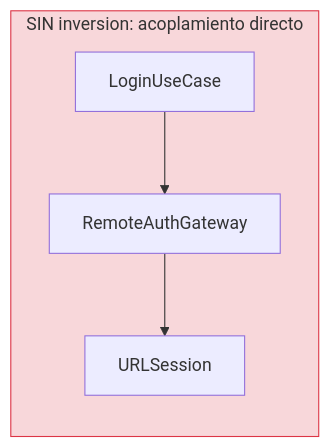
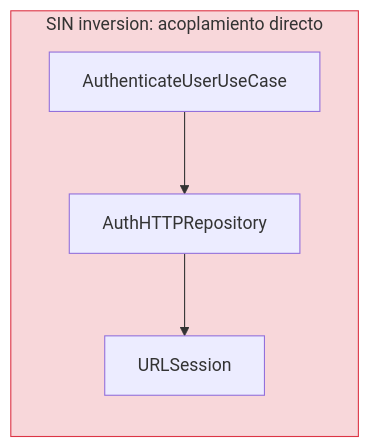
Before and after one commit to SwiftEnProfundidad/stack-my-architecture-ios: the second of 9 diagrams in anexos/diagramas/atlas-arquitectura.md, drawn with Mermaid. The commit also changed other lines of this file and 50 other files, not shown here.

````diff
--- a/anexos/diagramas/atlas-arquitectura.md
+++ b/anexos/diagramas/atlas-arquitectura.md
@@ -79,9 +79,9 @@
 ```mermaid
 graph LR
     subgraph SIN_INV["SIN inversion: acoplamiento directo"]
-        UC1["LoginUseCase"] --> RG1["RemoteAuthGateway"]
+        UC1["AuthenticateUserUseCase"] --> RG1["AuthHTTPRepository"]
         RG1 --> URL1["URLSession"]
     end
 
     style SIN_INV fill:#f8d7da,stroke:#dc3545
 ```
````
